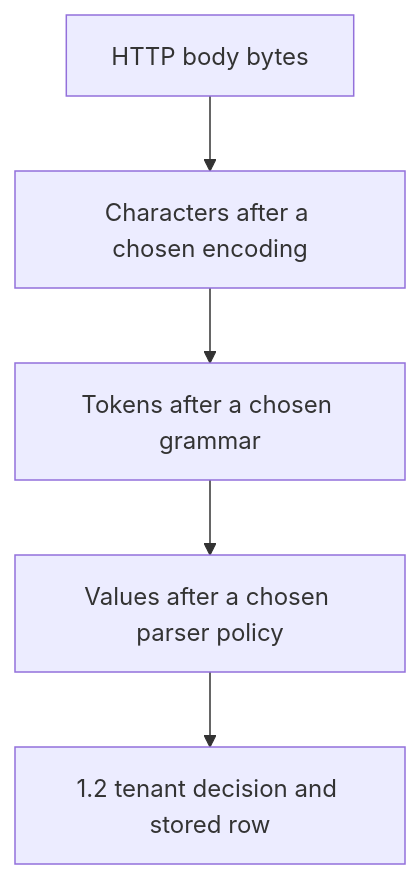
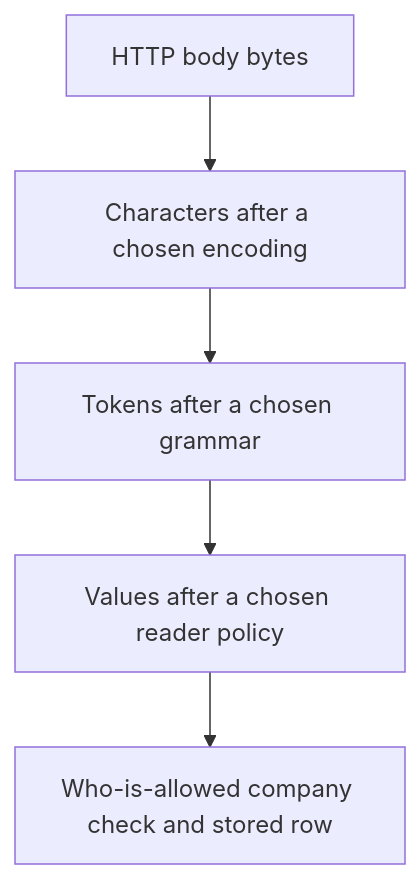
One commit to ishitvagoel/LearnSecurity changed the first of 2 diagrams in content/modules/2/2.1/lessons/01-property.md. Above: the diagram before and after it, drawn with Mermaid. The commit also changed other lines of this file and 44 other files, not shown here.

````diff
--- a/content/modules/2/2.1/lessons/01-property.md
+++ b/content/modules/2/2.1/lessons/01-property.md
@@ -19,7 +18,7 @@
 ```mermaid
 flowchart TD
-  Bytes["HTTP body bytes"] --> Chars["Characters after a chosen encoding"]
-  Chars --> Tokens["Tokens after a chosen grammar"]
-  Tokens --> Values["Values after a chosen parser policy"]
-  Values --> Decision["1.2 tenant decision and stored row"]
+  Bytes[HTTP body bytes] --> Chars[Characters after a chosen encoding]
+  Chars --> Tokens[Tokens after a chosen grammar]
+  Tokens --> Values[Values after a chosen reader policy]
+  Values --> Decision[Who-is-allowed company check and stored row]
 ```
````
